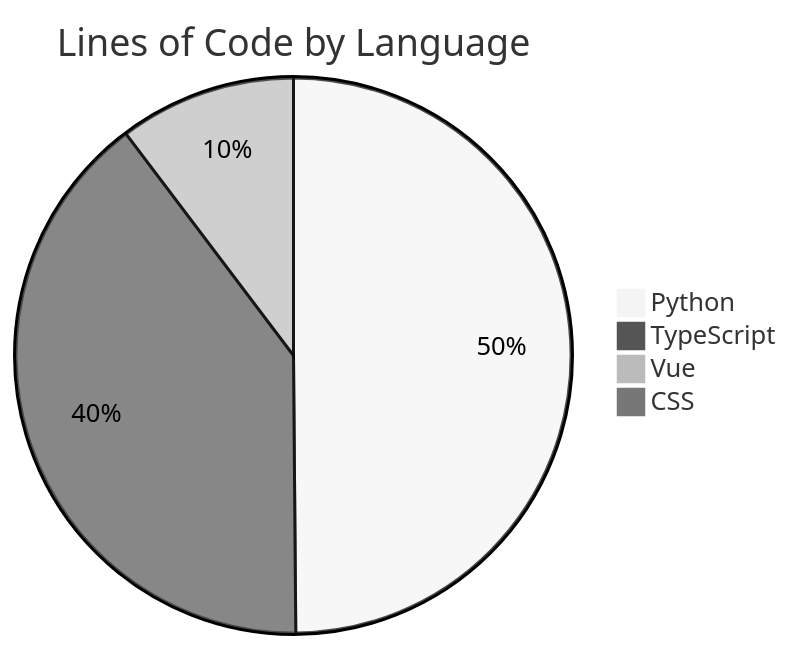
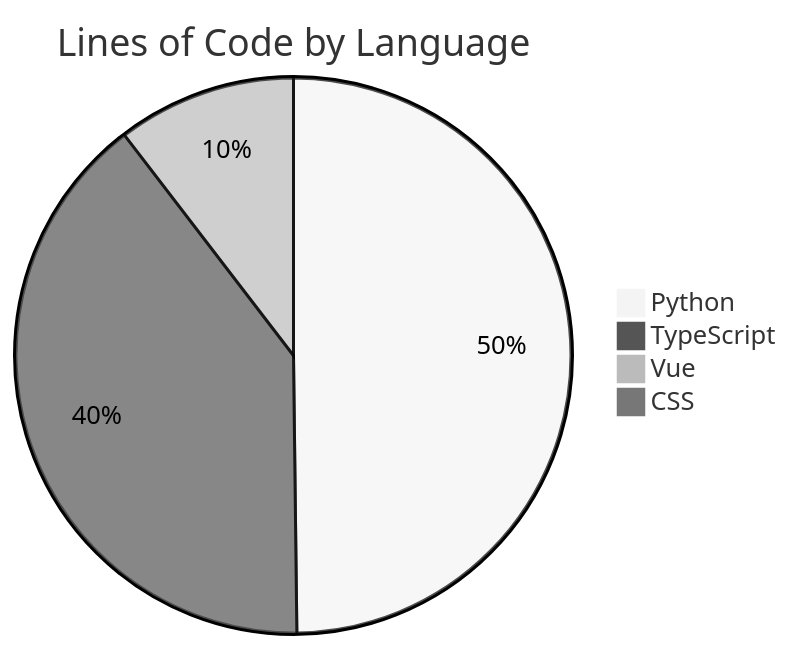
Before and after one commit to ISW-stack/AI3L-Community: the diagram in README.md, drawn with Mermaid (neutral theme). The commit also changed other lines of this file and 1 other file, not shown here.

````diff
--- a/README.md
+++ b/README.md
@@ -368,7 +368,7 @@
 ```mermaid
 pie title Lines of Code by Language
     "Python" : 116526
     "TypeScript" : 93076
-    "Vue" : 24066
+    "Vue" : 24360
     "CSS" : 134
 ```
````
